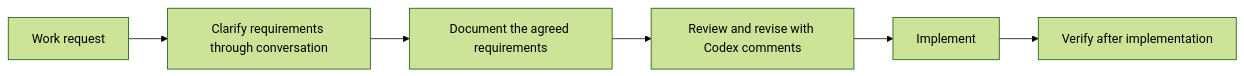
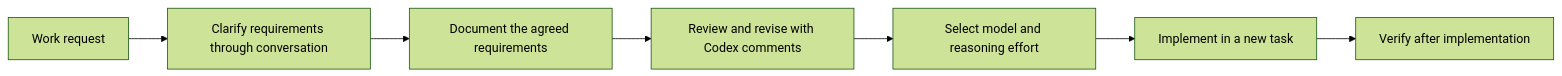
One commit to j-token/j-token-codex-workflow-kit changed the diagram in README.md. Above: the diagram before and after it, drawn with Mermaid (forest theme). The commit also changed other lines of this file and 10 other files, not shown here.

````diff
--- a/README.md
+++ b/README.md
@@ -21,8 +21,9 @@
 ```mermaid
 flowchart LR
     A["Work request"] --> B["Clarify requirements through conversation"]
     B --> C["Document the agreed requirements"]
     C --> D["Review and revise with Codex comments"]
-    D --> E["Implement"]
-    E --> F["Verify after implementation"]
+    D --> E["Select model and reasoning effort"]
+    E --> F["Implement in a new task"]
+    F --> G["Verify after implementation"]
 ```
````
